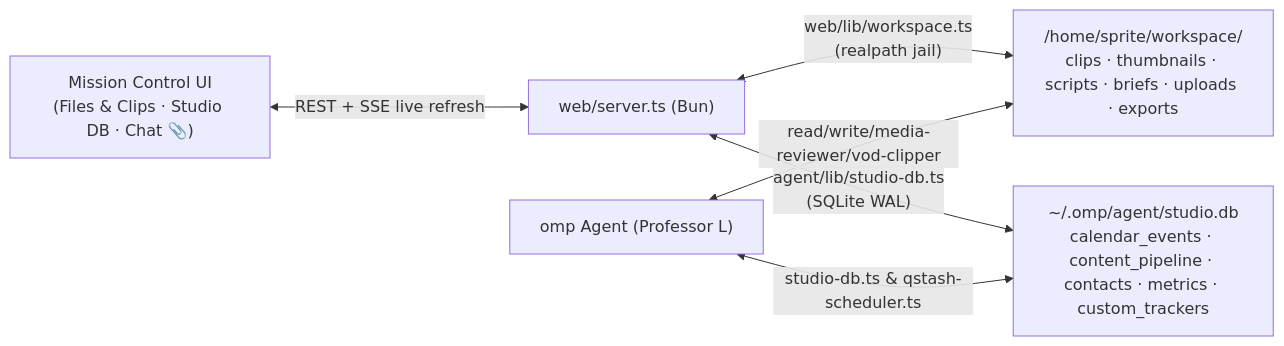
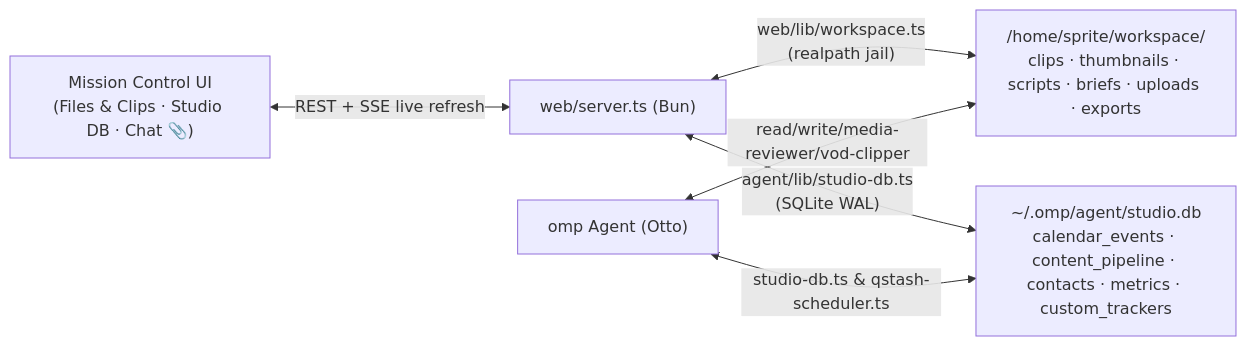
One commit to roffidaijoubu/otto changed the fourth of 4 diagrams in docs/architecture.md. Above: the diagram before and after it, drawn with Mermaid. The commit also changed other lines of this file and 38 other files, not shown here.

````diff
--- a/docs/architecture.md
+++ b/docs/architecture.md
@@ -109,8 +109,8 @@
 ```mermaid
 flowchart LR
     UI["Mission Control UI<br/>(Files &amp; Clips · Studio DB · Chat 📎)"] <-->|"REST + SSE live refresh"| S["web/server.ts (Bun)"]
     S <-->|"web/lib/workspace.ts<br/>(realpath jail)"| WS["/home/sprite/workspace/<br/>clips · thumbnails · scripts · briefs · uploads · exports"]
     S <-->|"agent/lib/studio-db.ts<br/>(SQLite WAL)"| DB["~/.omp/agent/studio.db<br/>calendar_events · content_pipeline · contacts · metrics · custom_trackers"]
-    OMP["omp Agent (Professor L)"] <-->|"read/write/media-reviewer/vod-clipper"| WS
+    OMP["omp Agent (Otto)"] <-->|"read/write/media-reviewer/vod-clipper"| WS
     OMP <-->|"studio-db.ts &amp; qstash-scheduler.ts"| DB
 ```
````
